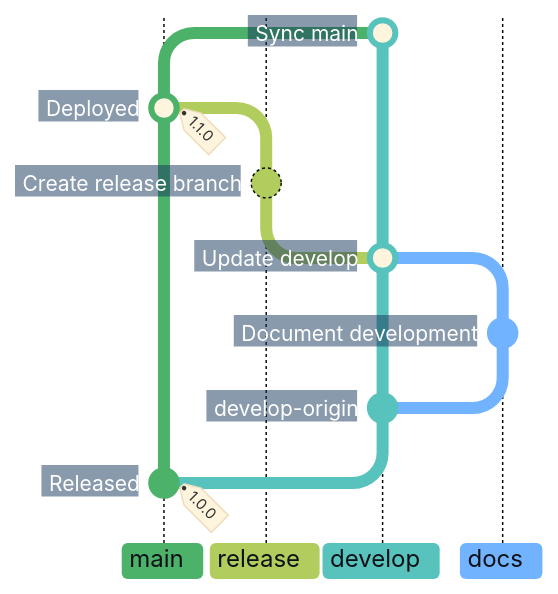
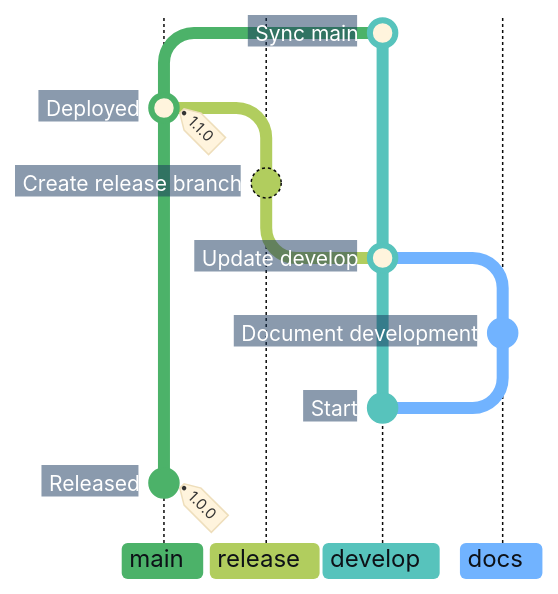
One commit to superhero/operations.superduper.solutions changed the fifth of 7 diagrams in docs/adr/cicd.md. Above: the diagram before and after it, drawn with Mermaid.

Commit message:
docs: show the develop fork node without main ancestry

````diff
--- a/docs/adr/cicd.md
+++ b/docs/adr/cicd.md
@@ -181,25 +181,26 @@
 ```mermaid
-%%{init: {"theme": "base", "themeCSS": "line.branch { stroke: #8B949E; stroke-width: 1px; stroke-dasharray: 1 4; stroke-linecap: round; } .branchLabel, .tag-label { font-weight: 700; } .tag-label-bkg, .commit-label-bkg { opacity: 0.9; } .tag-label-bkg { fill: #B8E6C4; stroke: #8ED3A2; } .branchLabelBkg { opacity: 1; clip-path: inset(0 8px 0 0 round 4px) fill-box; } .commit-labels g:nth-last-of-type(-n+2), .commit.develop-origin { visibility: hidden; } .commit-labels g { transform-box: fill-box; transform-origin: calc(100% + 17px) calc(50% + 2px); transform: rotate(-10deg); } .commit-label { font-weight: 700; transform: translateX(-8px); } .commit-label-bkg { stroke: #17365D; stroke-width: 20px; transform: translateX(-5px); clip-path: polygon(-4px -4px, calc(100% + 4px) -4px, calc(100% + 10px) 50%, calc(100% + 4px) calc(100% + 4px), -4px calc(100% + 4px)) fill-box; } .commit.branch { stroke: #B1CD5E; stroke-dasharray: none; }", "gitGraph": {"showCommitLabel": true, "rotateCommitLabel": false}, "themeVariables": {
+%%{init: {"theme": "base", "themeCSS": "line.branch { stroke: #8B949E; stroke-width: 1px; stroke-dasharray: 1 4; stroke-linecap: round; } .branchLabel, .tag-label { font-weight: 700; } .tag-label-bkg, .commit-label-bkg { opacity: 0.9; } .tag-label-bkg { fill: #B8E6C4; stroke: #8ED3A2; } .branchLabelBkg { opacity: 1; clip-path: inset(0 8px 0 0 round 4px) fill-box; } .commit-labels g:nth-last-of-type(-n+2) { visibility: hidden; } .commit-labels g { transform-box: fill-box; transform-origin: calc(100% + 17px) calc(50% + 2px); transform: rotate(-10deg); } .commit-label { font-weight: 700; transform: translateX(-8px); } .commit-label-bkg { stroke: #17365D; stroke-width: 20px; transform: translateX(-5px); clip-path: polygon(-4px -4px, calc(100% + 4px) -4px, calc(100% + 10px) 50%, calc(100% + 4px) calc(100% + 4px), -4px calc(100% + 4px)) fill-box; } .commit.branch { stroke: #B1CD5E; stroke-dasharray: none; }", "gitGraph": {"showCommitLabel": true, "rotateCommitLabel": false}, "themeVariables": {
     "commitLabelFontSize": "14px", "commitLabelColor": "#FFFFFF", "commitLabelBackground": "#17365D",
     "git0": "#4CB269", "gitBranchLabel0": "#0D1117",
     "git1": "#B1CD5E", "gitBranchLabel1": "#0D1117",
     "git2": "#57C3BC", "gitBranchLabel2": "#0D1117",
     "git3": "#71B3FF", "gitBranchLabel3": "#0D1117"
 }}}%%
 gitGraph BT:
-    %% Hide the initial notes and develop anchor, retaining the branch connections and tag.
+    %% Show existing main and develop lanes with earlier ancestry and initial notes omitted.
+    branch develop order: 2
+    checkout main
     commit id: "Released" tag: "1.0.0"
-    branch develop order: 2
-    %% An invisible anchor makes the docs fork originate on the develop lane.
-    commit id: "develop-origin"
+    checkout develop
+    commit id: "Start"
     branch docs order: 3
     commit id: "Document development"
     checkout develop
     merge docs id: "Update develop"
     branch release order: 1
     commit id: "Create release branch"
     checkout main
     merge release id: "Deployed" tag: "1.1.0"
     checkout develop
     merge main id: "Sync main"
 ```
````
